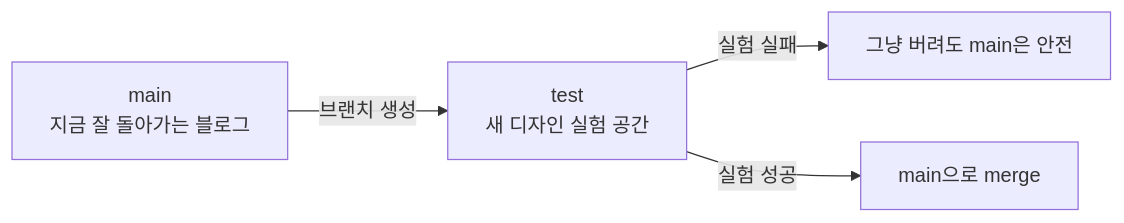
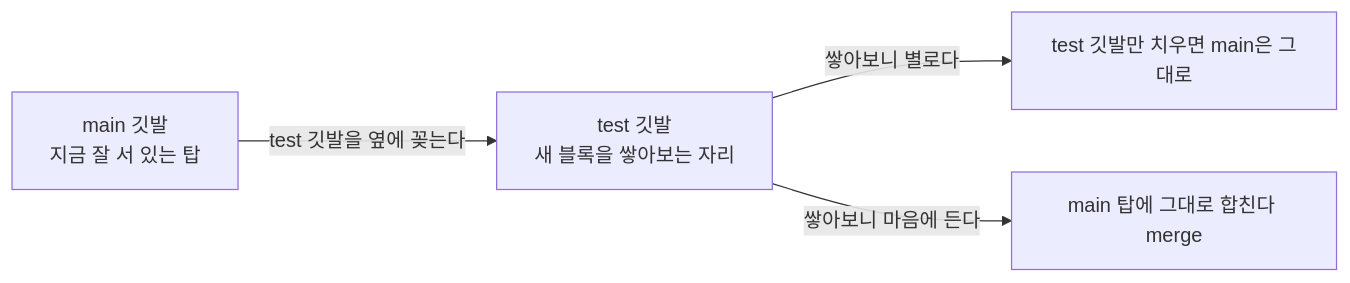
The first of 3 diagrams in _posts/2026-08-31-branch개념.md (skinopero/my-blog), drawn with Mermaid before and after one commit. The commit also changed other lines of this file, not shown here.

````diff
--- a/_posts/2026-08-31-branch개념.md
+++ b/_posts/2026-08-31-branch개념.md
@@ -22,6 +33,6 @@
 ```mermaid
 flowchart LR
-    A[main<br/>지금 잘 돌아가는 블로그] -->|브랜치 생성| B[test<br/>새 디자인 실험 공간]
-    B -->|실험 실패| C[그냥 버려도 main은 안전]
-    B -->|실험 성공| D[main으로 merge]
+    A[main 깃발<br/>지금 잘 서 있는 탑] -->|test 깃발을 옆에 꽂는다| B[test 깃발<br/>새 블록을 쌓아보는 자리]
+    B -->|쌓아보니 별로다| C[test 깃발만 치우면 main은 그대로]
+    B -->|쌓아보니 마음에 든다| D[main 탑에 그대로 합친다 merge]
 ```
````
